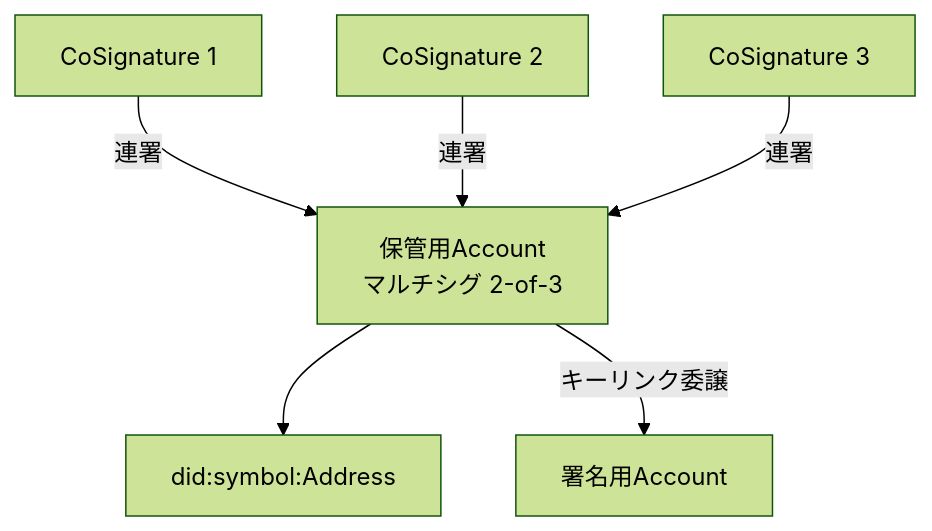
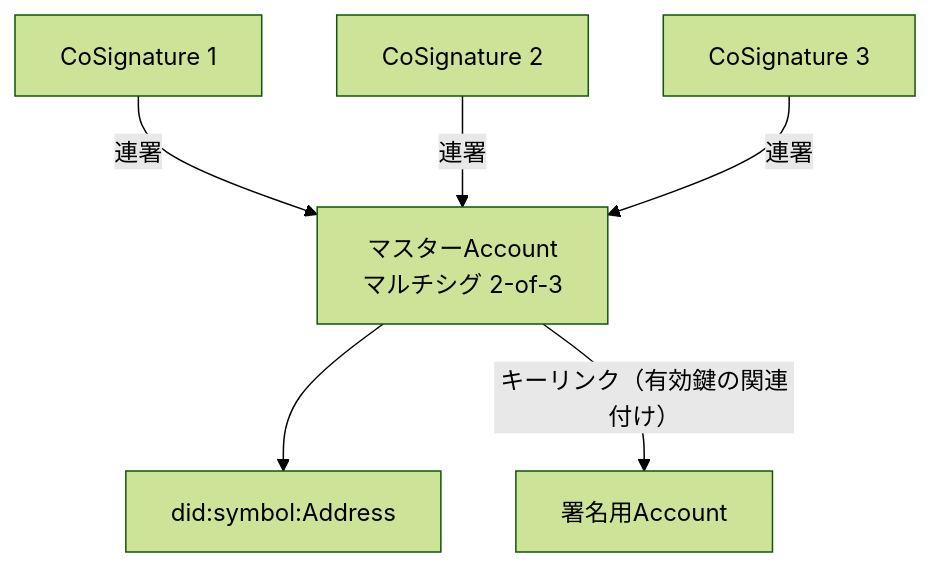
Before and after one commit to nemnesia/symbol-sign-on: the third of 3 diagrams in concept-paper.md, drawn with Mermaid (forest theme). The commit also changed other lines of this file, not shown here.

````diff
--- a/concept-paper.md
+++ b/concept-paper.md
@@ -140,14 +136,14 @@
 ```mermaid
 graph TD
    CoSignature1[CoSignature 1]
    CoSignature2[CoSignature 2]
    CoSignature3[CoSignature 3]
-   ArchiveAccount[保管用Account<br/>マルチシグ 2-of-3]
+   ArchiveAccount[マスターAccount<br/>マルチシグ 2-of-3]
    OperationAccount[署名用Account]
    did[did:symbol:Address]
    ArchiveAccount --> did
    CoSignature1 -- 連署 --> ArchiveAccount
    CoSignature2 -- 連署 --> ArchiveAccount
    CoSignature3 -- 連署 --> ArchiveAccount
-   ArchiveAccount -- キーリンク委譲 --> OperationAccount
+   ArchiveAccount -- キーリンク（有効鍵の関連付け） --> OperationAccount
 ```
````
